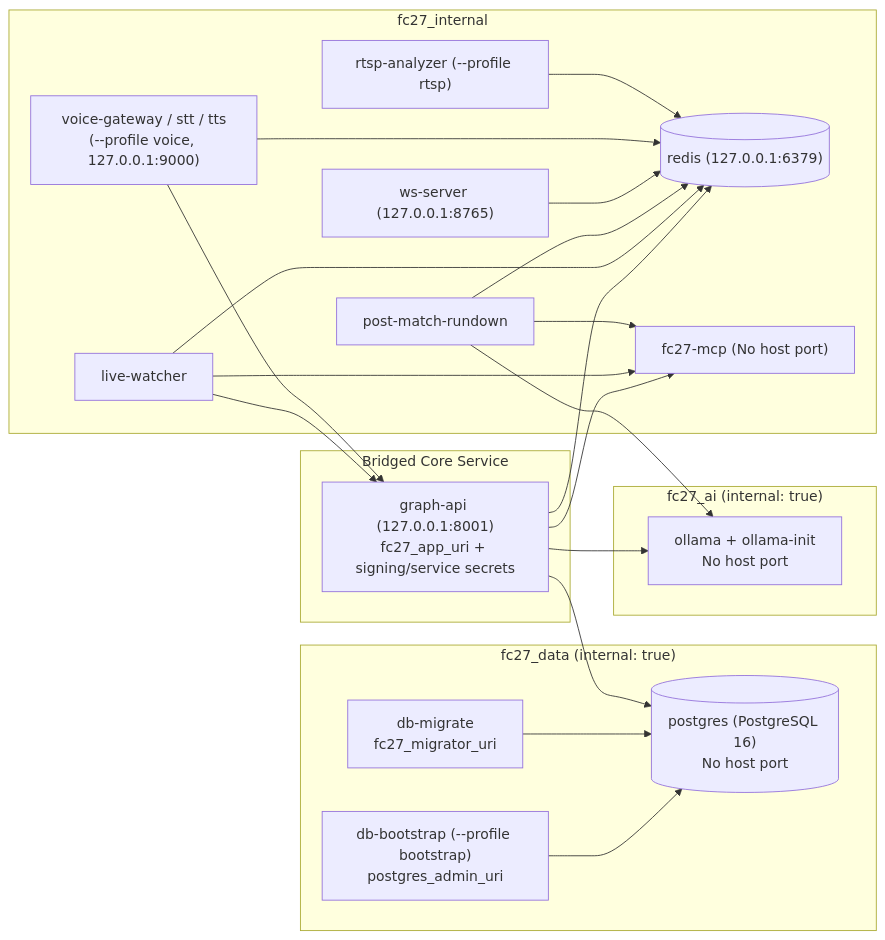
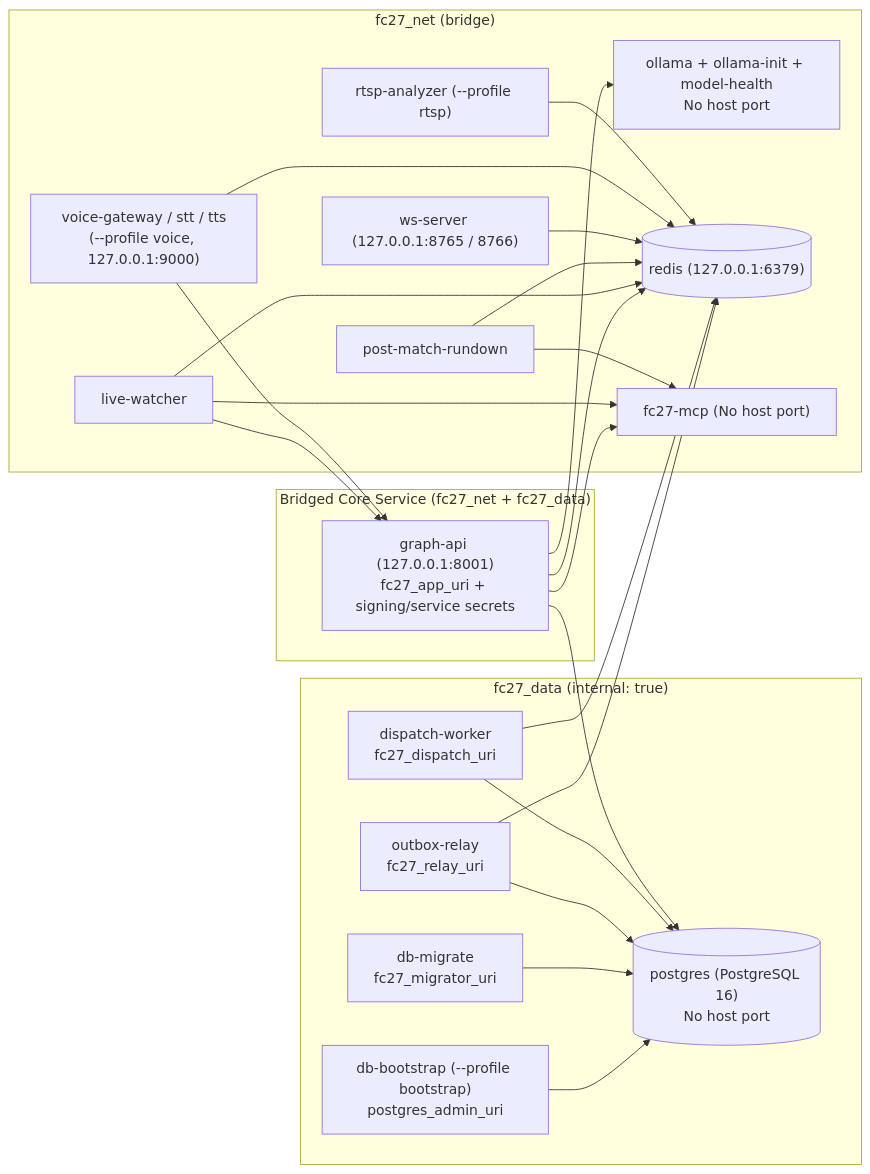
One commit to OjuIDC/iwa.dev.fcbuild changed the second of 2 diagrams in docs/ARCHITECTURE.md. Above: the diagram before and after it, drawn with Mermaid. The commit also changed other lines of this file and 40 other files, not shown here.

````diff
--- a/docs/ARCHITECTURE.md
+++ b/docs/ARCHITECTURE.md
@@ -54,43 +60,45 @@
 ```mermaid
 flowchart LR
     subgraph NetData["fc27_data (internal: true)"]
         PG[("postgres (PostgreSQL 16)\nNo host port")]
         Bootstrap["db-bootstrap (--profile bootstrap)\npostgres_admin_uri"]
         Migrate["db-migrate\nfc27_migrator_uri"]
+        Relay["outbox-relay\nfc27_relay_uri"]
+        Worker["dispatch-worker\nfc27_dispatch_uri"]
     end
 
-    subgraph NetCore["Bridged Core Service"]
+    subgraph NetCore["Bridged Core Service (fc27_net + fc27_data)"]
         GraphAPI["graph-api (127.0.0.1:8001)\nfc27_app_uri + signing/service secrets"]
     end
 
-    subgraph NetAI["fc27_ai (internal: true)"]
-        Ollama["ollama + ollama-init\nNo host port"]
-    end
-
-    subgraph NetInternal["fc27_internal"]
+    subgraph NetApp["fc27_net (bridge)"]
+        Ollama["ollama + ollama-init + model-health\nNo host port"]
         Redis[("redis (127.0.0.1:6379)")]
         MCP["fc27-mcp (No host port)"]
         Watcher["live-watcher"]
         Rundown["post-match-rundown"]
-        WS["ws-server (127.0.0.1:8765)"]
+        WS["ws-server (127.0.0.1:8765 / 8766)"]
         Voice["voice-gateway / stt / tts\n(--profile voice, 127.0.0.1:9000)"]
         RTSP["rtsp-analyzer (--profile rtsp)"]
     end
 
     Bootstrap --> PG
     Migrate --> PG
+    Relay --> PG
+    Relay --> Redis
+    Worker --> PG
+    Worker --> Redis
     GraphAPI --> PG
     GraphAPI --> Ollama
-    Rundown --> Ollama
     GraphAPI --> MCP
     GraphAPI --> Redis
     Watcher --> MCP
     Watcher --> Redis
     Watcher --> GraphAPI
     Rundown --> MCP
     Rundown --> Redis
     WS --> Redis
     Voice --> GraphAPI
     Voice --> Redis
     RTSP --> Redis
 ```
````
